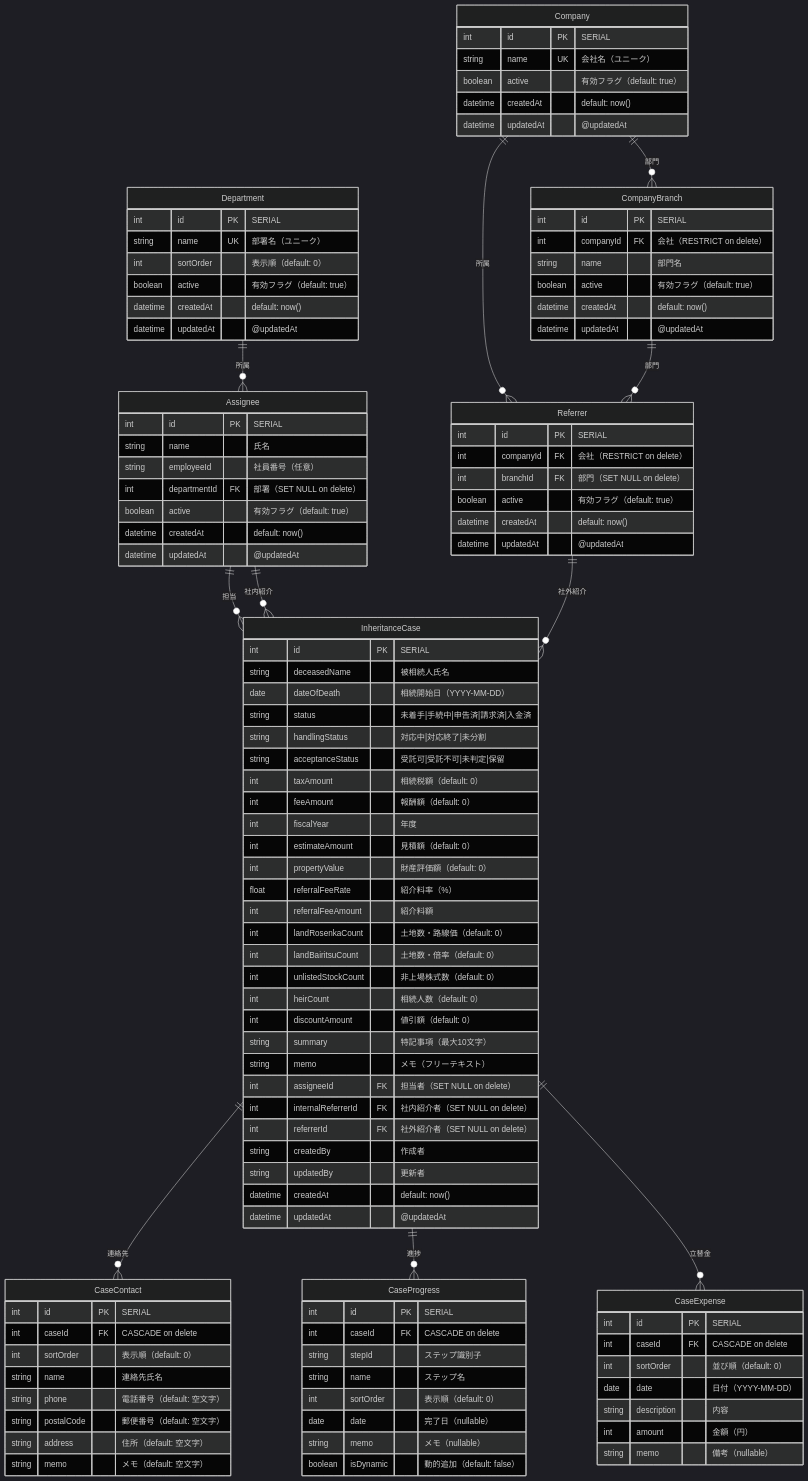
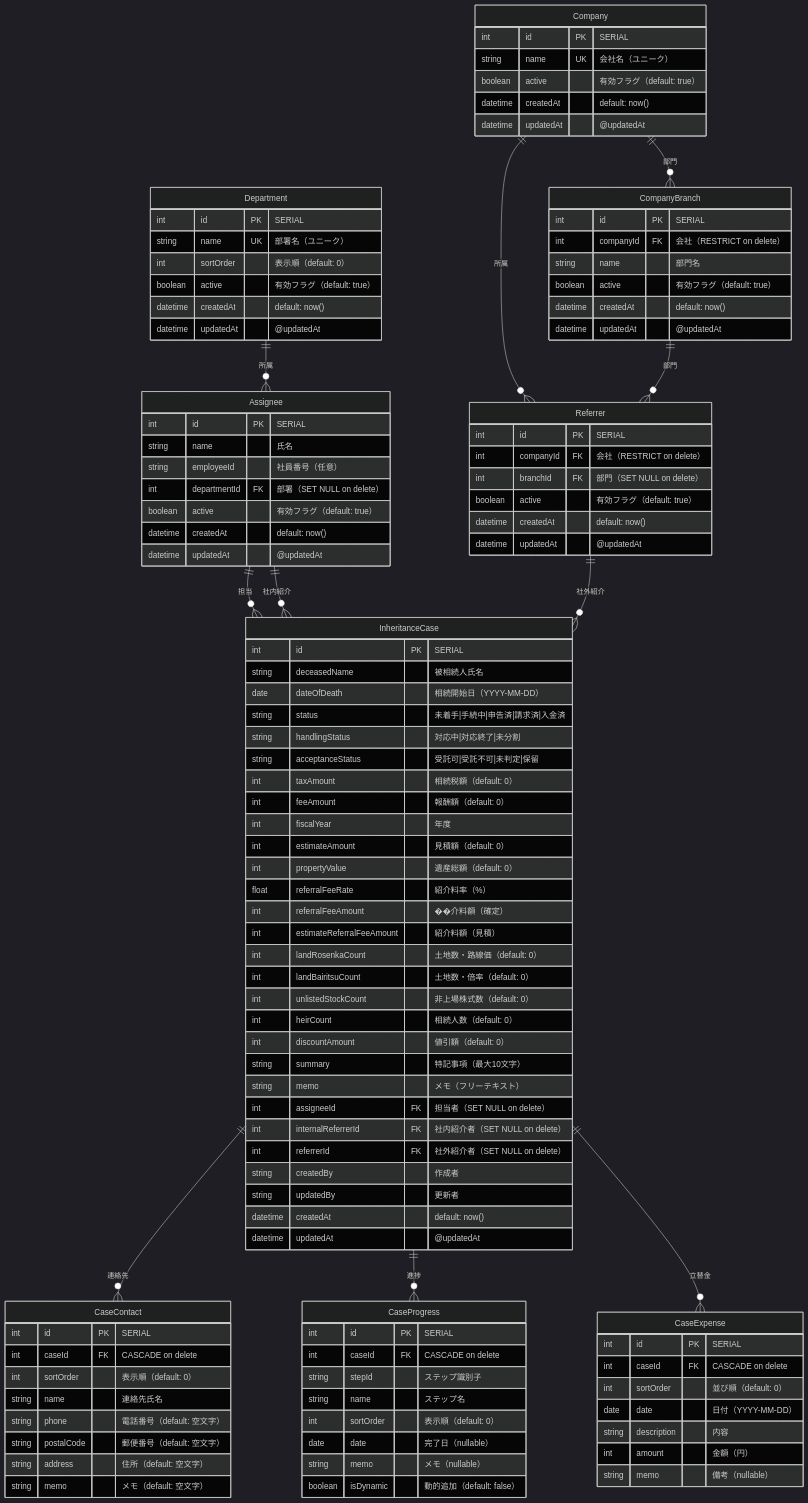
One commit to kojima1978/tax_apps changed the diagram in apps/inheritance-case-management/README.md. Above: the diagram before and after it, drawn with Mermaid (dark theme). The commit also changed other lines of this file and 3 other files, not shown here.

```diff
--- a/apps/inheritance-case-management/README.md
+++ b/apps/inheritance-case-management/README.md
@@ -540,9 +541,10 @@
         int feeAmount "報酬額（default: 0）"
         int fiscalYear "年度"
         int estimateAmount "見積額（default: 0）"
-        int propertyValue "財産評価額（default: 0）"
+        int propertyValue "遺産総額（default: 0）"
         float referralFeeRate "紹介料率（%）"
-        int referralFeeAmount "紹介料額"
+        int referralFeeAmount "��介料額（確定）"
+        int estimateReferralFeeAmount "紹介料額（見積）"
         int landRosenkaCount "土地数・路線価（default: 0）"
         int landBairitsuCount "土地数・倍率（default: 0）"
         int unlistedStockCount "非上場株式数（default: 0）"
```
